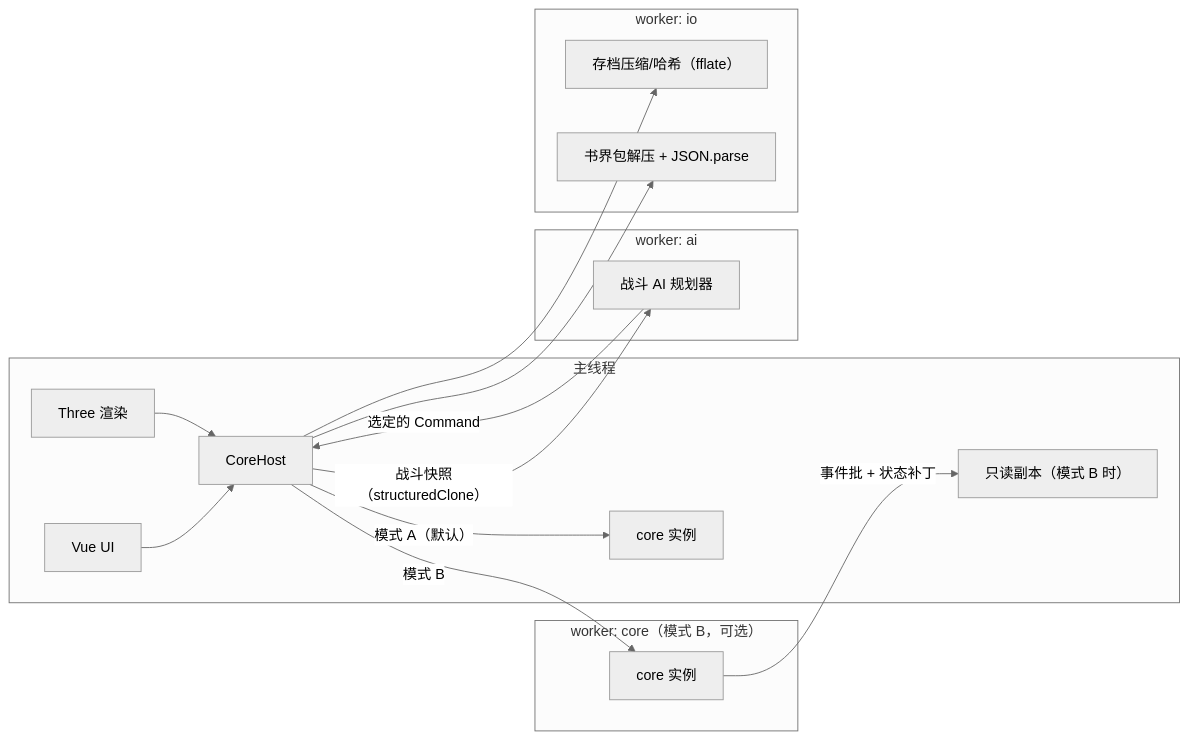
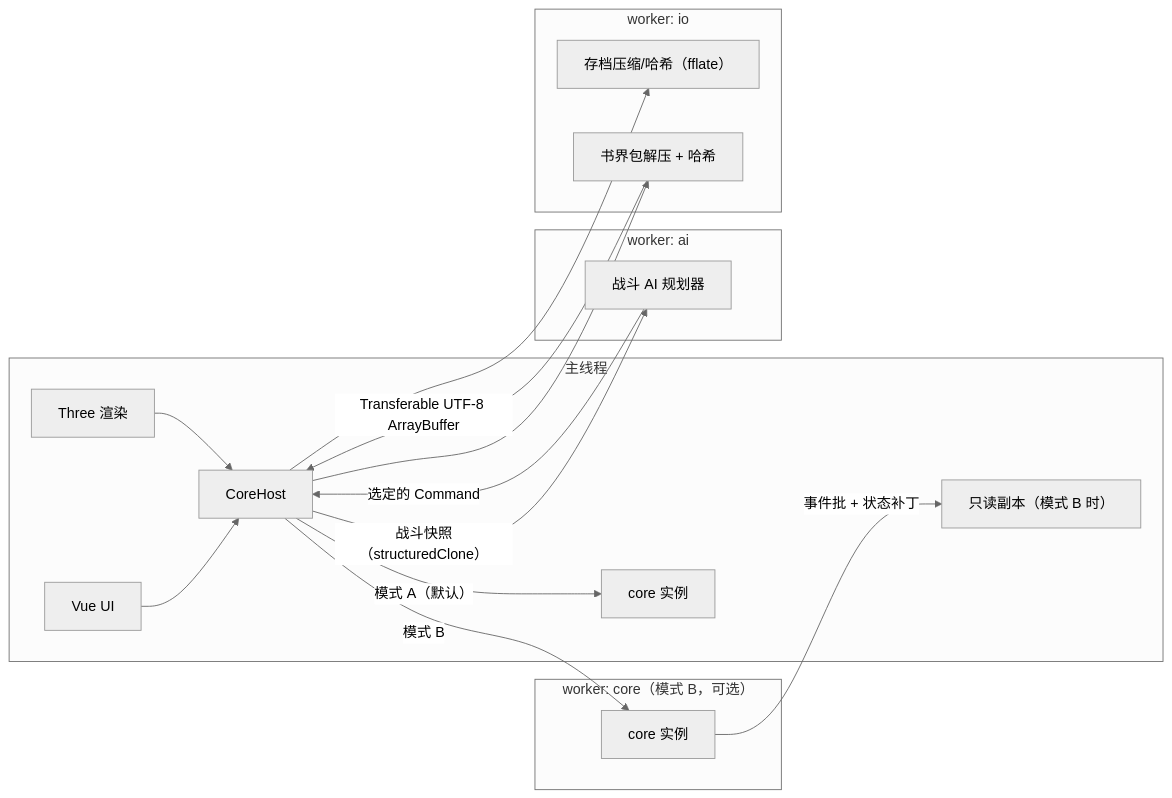
Before and after one commit to radarxc/jinyongqunxia: the third of 5 diagrams in docs/tech/01-architecture.md, drawn with Mermaid (neutral theme). The commit also changed other lines of this file and 1 other file, not shown here.

````diff
--- a/docs/tech/01-architecture.md
+++ b/docs/tech/01-architecture.md
@@ -461,25 +491,26 @@
 ```mermaid
 flowchart LR
   subgraph Main["主线程"]
     UI2["Vue UI"] --> HOST["CoreHost"]
     R2["Three 渲染"] --> HOST
     HOST -->|"模式 A（默认）"| CORE_A["core 实例"]
     REPLICA["只读副本（模式 B 时）"]
   end
   subgraph W1["worker: core（模式 B，可选）"]
     CORE_B["core 实例"]
   end
   subgraph W2["worker: ai"]
     AI["战斗 AI 规划器"]
   end
   subgraph W3["worker: io"]
     ZIP["存档压缩/哈希（fflate）"]
-    PACKP["书界包解压 + JSON.parse"]
+    PACKP["书界包解压 + 哈希"]
   end
   HOST -->|"模式 B"| CORE_B
   CORE_B -->|"事件批 + 状态补丁"| REPLICA
   HOST -->|"战斗快照（structuredClone）"| AI
   AI -->|"选定的 Command"| HOST
   HOST --> ZIP
   HOST --> PACKP
+  PACKP -->|"Transferable UTF-8 ArrayBuffer"| HOST
 ```
````
